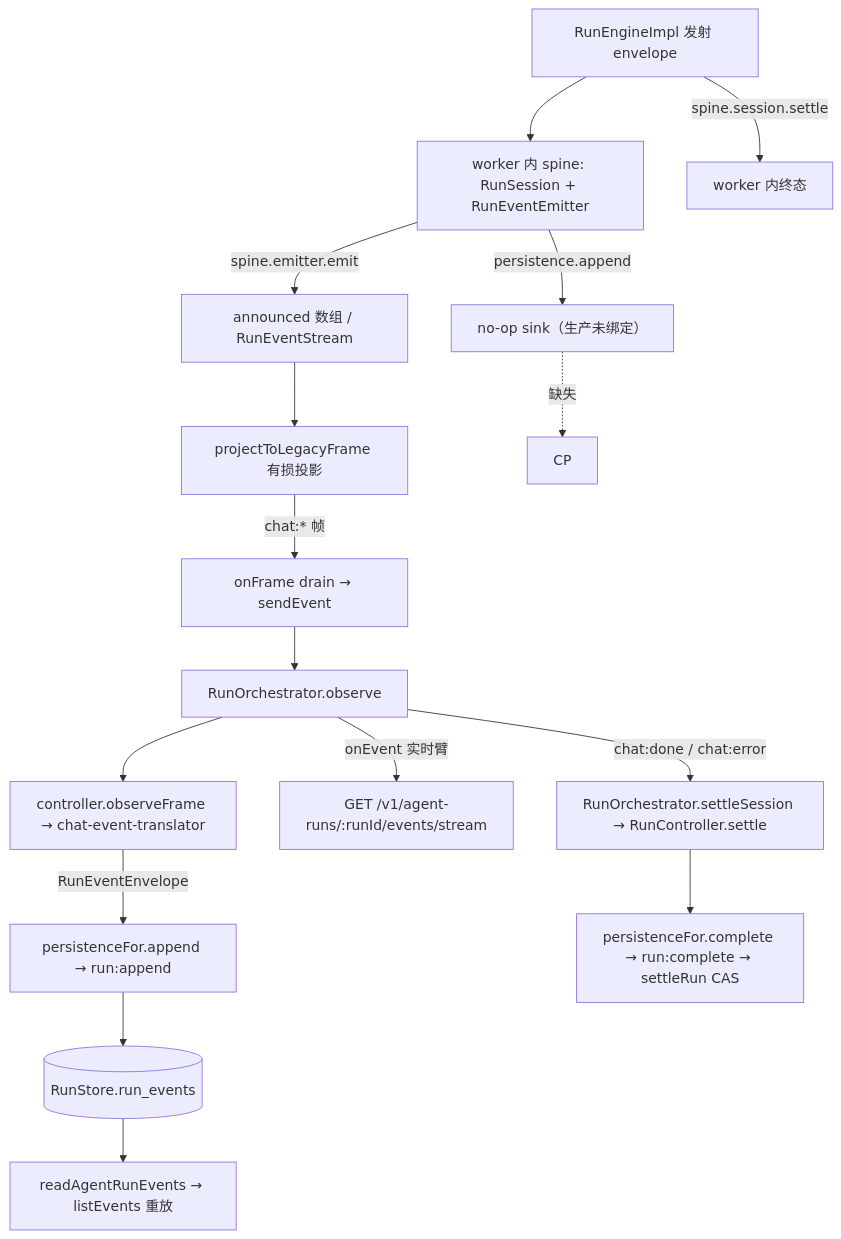
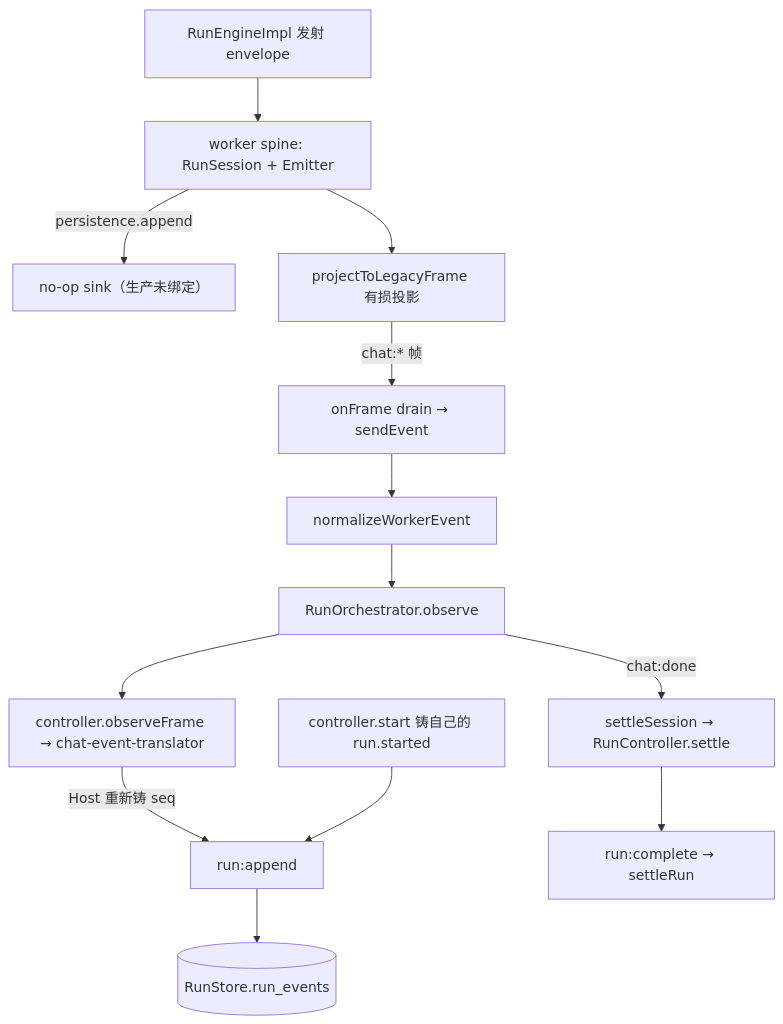
One commit to lava-chen/duya changed the diagram in docs/exec-plans/active/610-architecture-series/17-s0-authority-seam-contract.md. Above: the diagram before and after it, drawn with Mermaid. The commit also changed other lines of this file and 2 other files, not shown here.

First line of the commit message:
test(agent): measure the run ledger instead of inferring it

````diff
--- a/docs/exec-plans/active/610-architecture-series/17-s0-authority-seam-contract.md
+++ b/docs/exec-plans/active/610-architecture-series/17-s0-authority-seam-contract.md
@@ -78,18 +95,15 @@
 ```mermaid
 flowchart TB
-  ENG[RunEngineImpl 发射 envelope] --> SP[worker 内 spine: RunSession + RunEventEmitter]
-  SP -->|spine.emitter.emit| ANN[announced 数组 / RunEventStream]
+  ENG[RunEngineImpl 发射 envelope] --> SP[worker spine: RunSession + Emitter]
   SP -->|persistence.append| NOP["no-op sink（生产未绑定）"]
-  ANN --> PRJ[projectToLegacyFrame 有损投影]
+  SP --> PRJ[projectToLegacyFrame 有损投影]
   PRJ -->|chat:* 帧| DR[onFrame drain → sendEvent]
-  NOP -.->|缺失| CP
-  DR --> OBS[RunOrchestrator.observe]
+  DR --> NRM[normalizeWorkerEvent]
+  NRM --> OBS[RunOrchestrator.observe]
   OBS --> CF[controller.observeFrame → chat-event-translator]
-  CF -->|RunEventEnvelope| PA[persistenceFor.append → run:append]
+  CF -->|Host 重新铸 seq| PA[run:append]
   PA --> STORE[(RunStore.run_events)]
-  OBS -->|onEvent 实时臂| SSE[GET /v1/agent-runs/:runId/events/stream]
-  STORE --> RP[readAgentRunEvents → listEvents 重放]
-  ENG -->|spine.session.settle| WT[worker 内终态]
-  OBS -->|chat:done / chat:error| HS[RunOrchestrator.settleSession → RunController.settle]
-  HS --> PC[persistenceFor.complete → run:complete → settleRun CAS]
+  OBS -->|chat:done| HS[settleSession → RunController.settle]
+  HS --> PC[run:complete → settleRun]
+  CTRL[controller.start 铸自己的 run.started] --> PA
 ```
````
